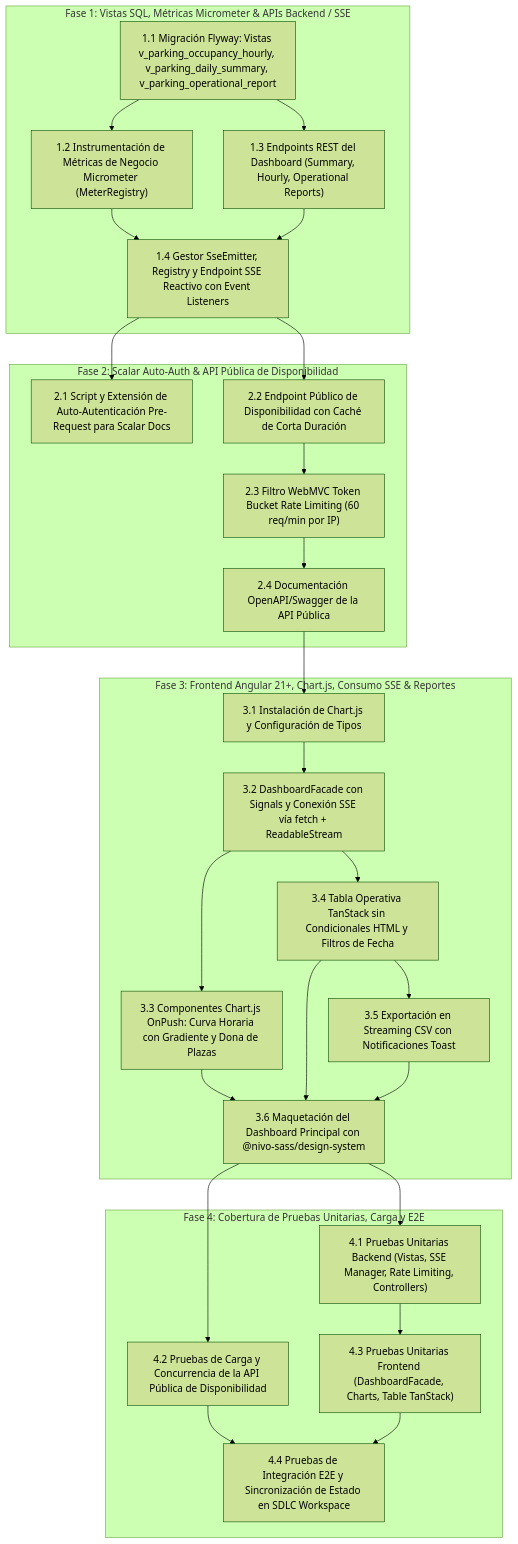
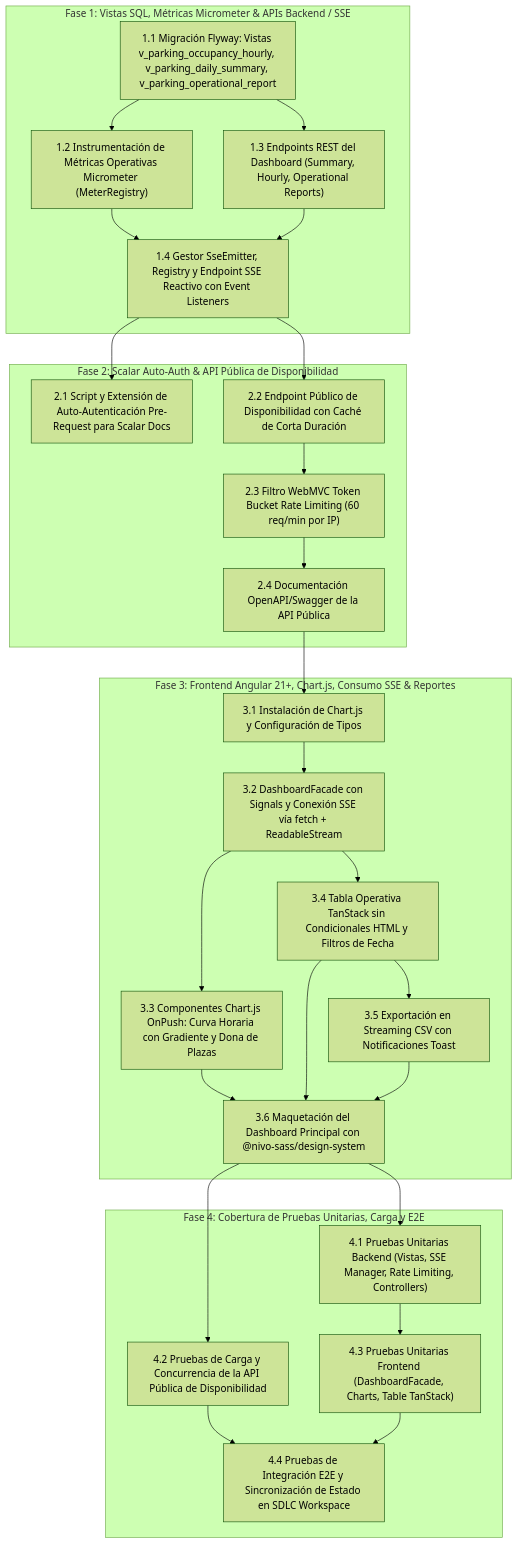
The diagram in openspec/changes/2026-09-24-feat-nivo-dashboard/tasks.md (JuniorCorzo/Nivo), drawn with Mermaid (forest theme) before and after one commit. The commit also changed other lines of this file and 3 other files, not shown here.

````diff
--- a/openspec/changes/2026-09-24-feat-nivo-dashboard/tasks.md
+++ b/openspec/changes/2026-09-24-feat-nivo-dashboard/tasks.md
@@ -5,54 +5,54 @@
 ```mermaid
 flowchart TD
     subgraph Phase1["Fase 1: Vistas SQL, Métricas Micrometer & APIs Backend / SSE"]
         T1_1["1.1 Migración Flyway: Vistas v_parking_occupancy_hourly, v_parking_daily_summary, v_parking_operational_report"]
-        T1_2["1.2 Instrumentación de Métricas de Negocio Micrometer (MeterRegistry)"]
+        T1_2["1.2 Instrumentación de Métricas Operativas Micrometer (MeterRegistry)"]
         T1_3["1.3 Endpoints REST del Dashboard (Summary, Hourly, Operational Reports)"]
         T1_4["1.4 Gestor SseEmitter, Registry y Endpoint SSE Reactivo con Event Listeners"]
     end
 
     subgraph Phase2["Fase 2: Scalar Auto-Auth & API Pública de Disponibilidad"]
         T2_1["2.1 Script y Extensión de Auto-Autenticación Pre-Request para Scalar Docs"]
         T2_2["2.2 Endpoint Público de Disponibilidad con Caché de Corta Duración"]
         T2_3["2.3 Filtro WebMVC Token Bucket Rate Limiting (60 req/min por IP)"]
         T2_4["2.4 Documentación OpenAPI/Swagger de la API Pública"]
     end
 
     subgraph Phase3["Fase 3: Frontend Angular 21+, Chart.js, Consumo SSE & Reportes"]
         T3_1["3.1 Instalación de Chart.js y Configuración de Tipos"]
         T3_2["3.2 DashboardFacade con Signals y Conexión SSE vía fetch + ReadableStream"]
         T3_3["3.3 Componentes Chart.js OnPush: Curva Horaria con Gradiente y Dona de Plazas"]
         T3_4["3.4 Tabla Operativa TanStack sin Condicionales HTML y Filtros de Fecha"]
         T3_5["3.5 Exportación en Streaming CSV con Notificaciones Toast"]
         T3_6["3.6 Maquetación del Dashboard Principal con @nivo-sass/design-system"]
     end
 
     subgraph Phase4["Fase 4: Cobertura de Pruebas Unitarias, Carga y E2E"]
         T4_1["4.1 Pruebas Unitarias Backend (Vistas, SSE Manager, Rate Limiting, Controllers)"]
         T4_2["4.2 Pruebas de Carga y Concurrencia de la API Pública de Disponibilidad"]
         T4_3["4.3 Pruebas Unitarias Frontend (DashboardFacade, Charts, Table TanStack)"]
         T4_4["4.4 Pruebas de Integración E2E y Sincronización de Estado en SDLC Workspace"]
     end
 
     T1_1 --> T1_2
     T1_1 --> T1_3
     T1_2 --> T1_4
     T1_3 --> T1_4
     T1_4 --> T2_1
     T1_4 --> T2_2
     T2_2 --> T2_3
     T2_3 --> T2_4
     T2_4 --> T3_1
     T3_1 --> T3_2
     T3_2 --> T3_3
     T3_2 --> T3_4
     T3_4 --> T3_5
     T3_3 --> T3_6
     T3_4 --> T3_6
     T3_5 --> T3_6
     T3_6 --> T4_1
     T3_6 --> T4_2
     T4_1 --> T4_3
     T4_2 --> T4_4
     T4_3 --> T4_4
 ```
````
